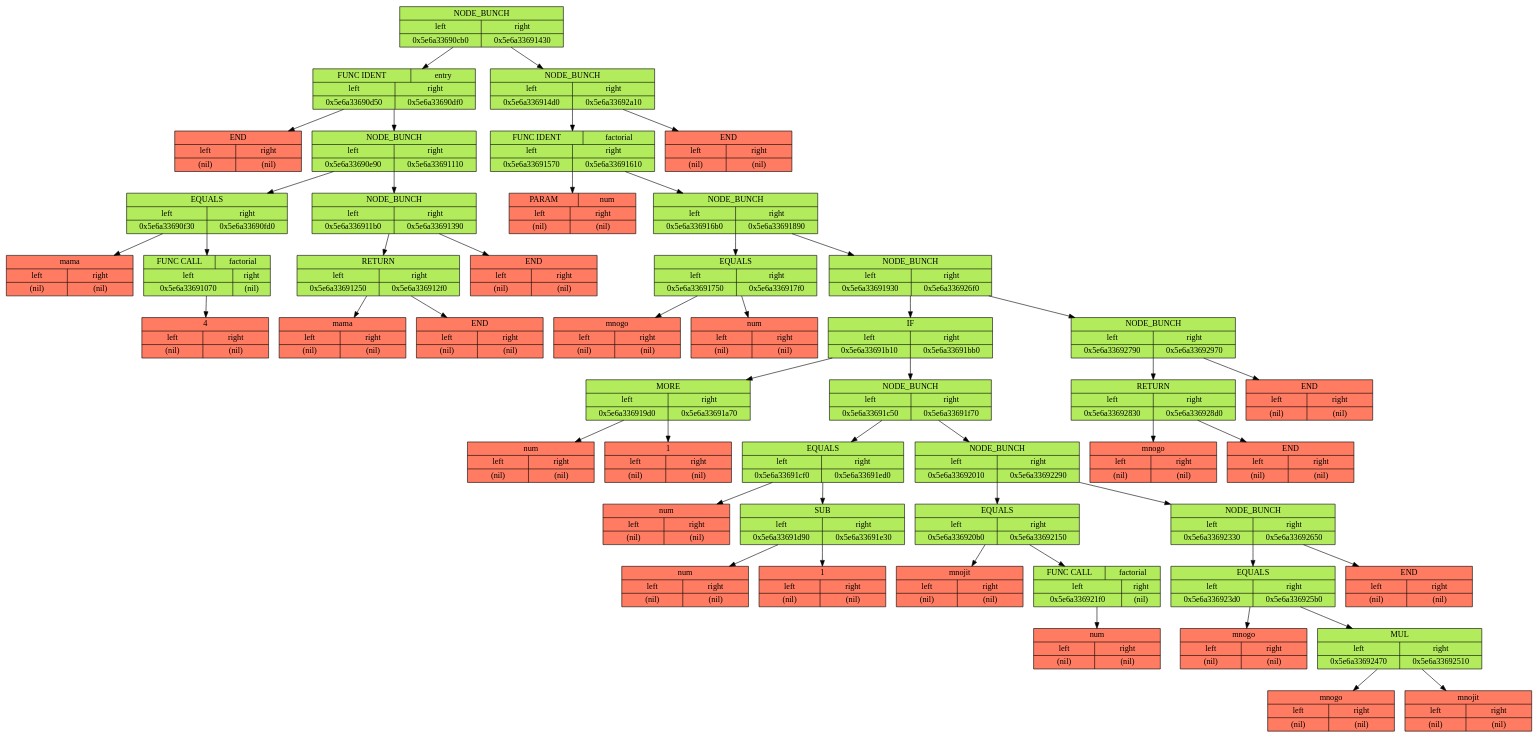
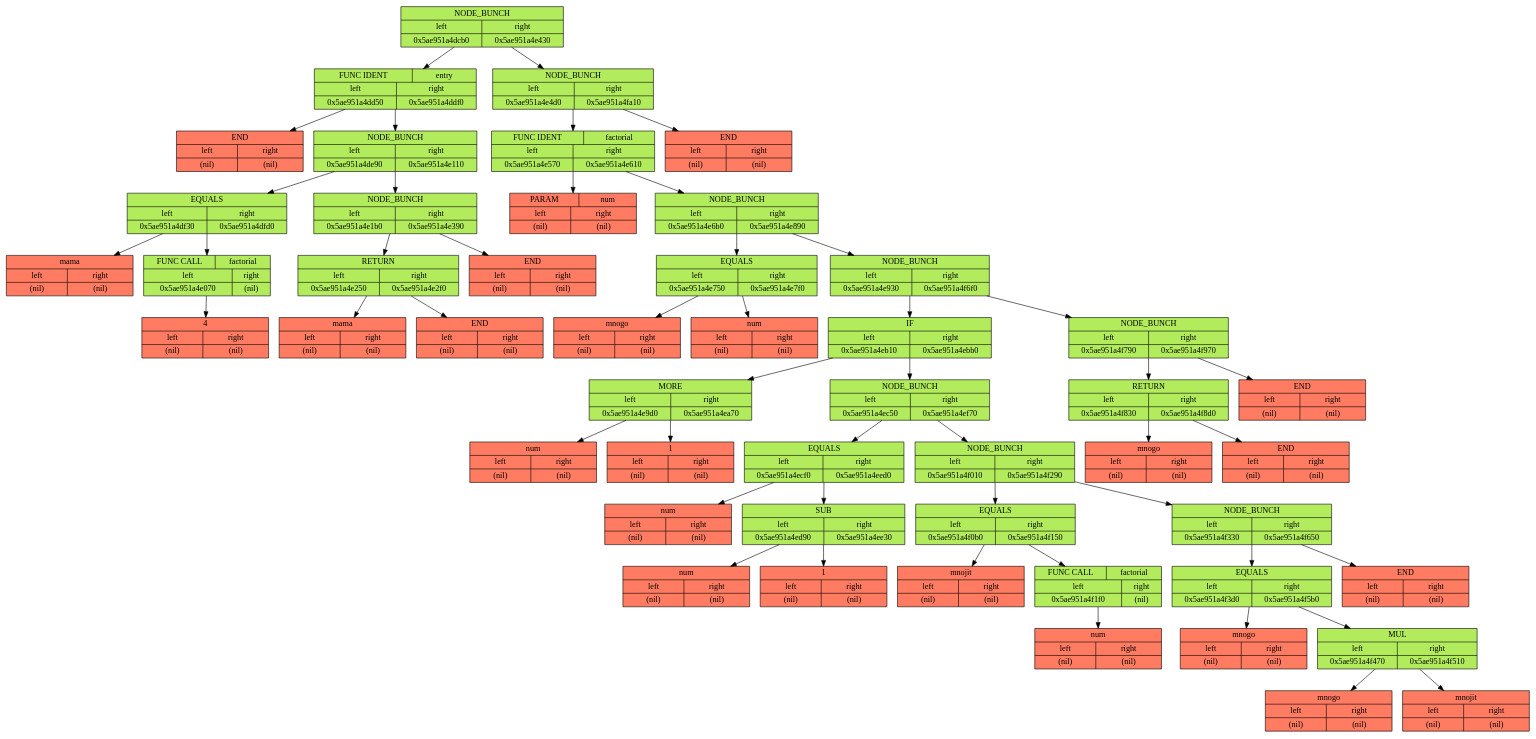
Before and after one commit to 4locker4/Language: the diagram in GraphDump.dot, drawn with Graphviz. The commit also changed 21 other files, not shown here.

```diff
--- a/GraphDump.dot
+++ b/GraphDump.dot
@@ -2,150 +2,150 @@
 	rankdir=UD;
 	bgcolor="#FFFFFF";	node[color="black", fontsize=14];
 	fixedsize=true;
-	Q0x5e6a33690c10[style=filled, shape=record, fillcolor="#B2EC5D", width=3, label ="{NODE_BUNCH | {{left | 0x5e6a33690cb0} | {right | 0x5e6a33691430}}}" ]
-	Q0x5e6a33690cb0[style=filled, shape=record, fillcolor="#B2EC5D", width=3, label ="{{FUNC IDENT | entry} | {{left | 0x5e6a33690d50} | {right | 0x5e6a33690df0}}}" ]
-	Q0x5e6a33690d50[style=filled, shape=record, fillcolor="#FF7B61", width=3, label ="{END | {{left | (nil)} | {right | (nil)}}}" ]
+	Q0x5ae951a4dc10[style=filled, shape=record, fillcolor="#B2EC5D", width=3, label ="{NODE_BUNCH | {{left | 0x5ae951a4dcb0} | {right | 0x5ae951a4e430}}}" ]
+	Q0x5ae951a4dcb0[style=filled, shape=record, fillcolor="#B2EC5D", width=3, label ="{{FUNC IDENT | entry} | {{left | 0x5ae951a4dd50} | {right | 0x5ae951a4ddf0}}}" ]
+	Q0x5ae951a4dd50[style=filled, shape=record, fillcolor="#FF7B61", width=3, label ="{END | {{left | (nil)} | {right | (nil)}}}" ]
 
-	Q0x5e6a33690df0[style=filled, shape=record, fillcolor="#B2EC5D", width=3, label ="{NODE_BUNCH | {{left | 0x5e6a33690e90} | {right | 0x5e6a33691110}}}" ]
-	Q0x5e6a33690e90[style=filled, shape=record, fillcolor="#B2EC5D", width=3, label ="{EQUALS | {{left | 0x5e6a33690f30} | {right | 0x5e6a33690fd0}}}" ]
-	Q0x5e6a33690f30[style=filled, shape=record, fillcolor="#FF7B61", width=3, label ="{mama | {{left | (nil)} | {right | (nil)}}}" ]
+	Q0x5ae951a4ddf0[style=filled, shape=record, fillcolor="#B2EC5D", width=3, label ="{NODE_BUNCH | {{left | 0x5ae951a4de90} | {right | 0x5ae951a4e110}}}" ]
+	Q0x5ae951a4de90[style=filled, shape=record, fillcolor="#B2EC5D", width=3, label ="{EQUALS | {{left | 0x5ae951a4df30} | {right | 0x5ae951a4dfd0}}}" ]
+	Q0x5ae951a4df30[style=filled, shape=record, fillcolor="#FF7B61", width=3, label ="{mama | {{left | (nil)} | {right | (nil)}}}" ]
 
-	Q0x5e6a33690fd0[style=filled, shape=record, fillcolor="#B2EC5D", width=3, label ="{{FUNC CALL | factorial} | {{left | 0x5e6a33691070} | {right | (nil)}}}" ]
-	Q0x5e6a33691070[style=filled, shape=record, fillcolor="#FF7B61", width=3, label ="{4 | {{left | (nil)} | {right | (nil)}}}" ]
+	Q0x5ae951a4dfd0[style=filled, shape=record, fillcolor="#B2EC5D", width=3, label ="{{FUNC CALL | factorial} | {{left | 0x5ae951a4e070} | {right | (nil)}}}" ]
+	Q0x5ae951a4e070[style=filled, shape=record, fillcolor="#FF7B61", width=3, label ="{4 | {{left | (nil)} | {right | (nil)}}}" ]
 
-	Q0x5e6a33690fd0 -> Q0x5e6a33691070
+	Q0x5ae951a4dfd0 -> Q0x5ae951a4e070
 
-	Q0x5e6a33690e90 -> Q0x5e6a33690f30
-	Q0x5e6a33690e90 -> Q0x5e6a33690fd0
+	Q0x5ae951a4de90 -> Q0x5ae951a4df30
+	Q0x5ae951a4de90 -> Q0x5ae951a4dfd0
 
-	Q0x5e6a33691110[style=filled, shape=record, fillcolor="#B2EC5D", width=3, label ="{NODE_BUNCH | {{left | 0x5e6a336911b0} | {right | 0x5e6a33691390}}}" ]
-	Q0x5e6a336911b0[style=filled, shape=record, fillcolor="#B2EC5D", width=3, label ="{RETURN | {{left | 0x5e6a33691250} | {right | 0x5e6a336912f0}}}" ]
-	Q0x5e6a33691250[style=filled, shape=record, fillcolor="#FF7B61", width=3, label ="{mama | {{left | (nil)} | {right | (nil)}}}" ]
+	Q0x5ae951a4e110[style=filled, shape=record, fillcolor="#B2EC5D", width=3, label ="{NODE_BUNCH | {{left | 0x5ae951a4e1b0} | {right | 0x5ae951a4e390}}}" ]
+	Q0x5ae951a4e1b0[style=filled, shape=record, fillcolor="#B2EC5D", width=3, label ="{RETURN | {{left | 0x5ae951a4e250} | {right | 0x5ae951a4e2f0}}}" ]
+	Q0x5ae951a4e250[style=filled, shape=record, fillcolor="#FF7B61", width=3, label ="{mama | {{left | (nil)} | {right | (nil)}}}" ]
 
-	Q0x5e6a336912f0[style=filled, shape=record, fillcolor="#FF7B61", width=3, label ="{END | {{left | (nil)} | {right | (nil)}}}" ]
+	Q0x5ae951a4e2f0[style=filled, shape=record, fillcolor="#FF7B61", width=3, label ="{END | {{left | (nil)} | {right | (nil)}}}" ]
 
-	Q0x5e6a336911b0 -> Q0x5e6a33691250
-	Q0x5e6a336911b0 -> Q0x5e6a336912f0
+	Q0x5ae951a4e1b0 -> Q0x5ae951a4e250
+	Q0x5ae951a4e1b0 -> Q0x5ae951a4e2f0
 
-	Q0x5e6a33691390[style=filled, shape=record, fillcolor="#FF7B61", width=3, label ="{END | {{left | (nil)} | {right | (nil)}}}" ]
+	Q0x5ae951a4e390[style=filled, shape=record, fillcolor="#FF7B61", width=3, label ="{END | {{left | (nil)} | {right | (nil)}}}" ]
 
-	Q0x5e6a33691110 -> Q0x5e6a336911b0
-	Q0x5e6a33691110 -> Q0x5e6a33691390
+	Q0x5ae951a4e110 -> Q0x5ae951a4e1b0
+	Q0x5ae951a4e110 -> Q0x5ae951a4e390
 
-	Q0x5e6a33690df0 -> Q0x5e6a33690e90
-	Q0x5e6a33690df0 -> Q0x5e6a33691110
+	Q0x5ae951a4ddf0 -> Q0x5ae951a4de90
+	Q0x5ae951a4ddf0 -> Q0x5ae951a4e110
 
-	Q0x5e6a33690cb0 -> Q0x5e6a33690d50
-	Q0x5e6a33690cb0 -> Q0x5e6a33690df0
+	Q0x5ae951a4dcb0 -> Q0x5ae951a4dd50
+	Q0x5ae951a4dcb0 -> Q0x5ae951a4ddf0
 
-	Q0x5e6a33691430[style=filled, shape=record, fillcolor="#B2EC5D", width=3, label ="{NODE_BUNCH | {{left | 0x5e6a336914d0} | {right | 0x5e6a33692a10}}}" ]
-	Q0x5e6a336914d0[style=filled, shape=record, fillcolor="#B2EC5D", width=3, label ="{{FUNC IDENT | factorial} | {{left | 0x5e6a33691570} | {right | 0x5e6a33691610}}}" ]
-	Q0x5e6a33691570[style=filled, shape=record, fillcolor="#FF7B61", width=3, label ="{{PARAM | num} | {{left | (nil)} | {right | (nil)}}}" ]
+	Q0x5ae951a4e430[style=filled, shape=record, fillcolor="#B2EC5D", width=3, label ="{NODE_BUNCH | {{left | 0x5ae951a4e4d0} | {right | 0x5ae951a4fa10}}}" ]
+	Q0x5ae951a4e4d0[style=filled, shape=record, fillcolor="#B2EC5D", width=3, label ="{{FUNC IDENT | factorial} | {{left | 0x5ae951a4e570} | {right | 0x5ae951a4e610}}}" ]
+	Q0x5ae951a4e570[style=filled, shape=record, fillcolor="#FF7B61", width=3, label ="{{PARAM | num} | {{left | (nil)} | {right | (nil)}}}" ]
 
-	Q0x5e6a33691610[style=filled, shape=record, fillcolor="#B2EC5D", width=3, label ="{NODE_BUNCH | {{left | 0x5e6a336916b0} | {right | 0x5e6a33691890}}}" ]
-	Q0x5e6a336916b0[style=filled, shape=record, fillcolor="#B2EC5D", width=3, label ="{EQUALS | {{left | 0x5e6a33691750} | {right | 0x5e6a336917f0}}}" ]
-	Q0x5e6a33691750[style=filled, shape=record, fillcolor="#FF7B61", width=3, label ="{mnogo | {{left | (nil)} | {right | (nil)}}}" ]
+	Q0x5ae951a4e610[style=filled, shape=record, fillcolor="#B2EC5D", width=3, label ="{NODE_BUNCH | {{left | 0x5ae951a4e6b0} | {right | 0x5ae951a4e890}}}" ]
+	Q0x5ae951a4e6b0[style=filled, shape=record, fillcolor="#B2EC5D", width=3, label ="{EQUALS | {{left | 0x5ae951a4e750} | {right | 0x5ae951a4e7f0}}}" ]
+	Q0x5ae951a4e750[style=filled, shape=record, fillcolor="#FF7B61", width=3, label ="{mnogo | {{left | (nil)} | {right | (nil)}}}" ]
 
-	Q0x5e6a336917f0[style=filled, shape=record, fillcolor="#FF7B61", width=3, label ="{num | {{left | (nil)} | {right | (nil)}}}" ]
+	Q0x5ae951a4e7f0[style=filled, shape=record, fillcolor="#FF7B61", width=3, label ="{num | {{left | (nil)} | {right | (nil)}}}" ]
 
-	Q0x5e6a336916b0 -> Q0x5e6a33691750
-	Q0x5e6a336916b0 -> Q0x5e6a336917f0
+	Q0x5ae951a4e6b0 -> Q0x5ae951a4e750
+	Q0x5ae951a4e6b0 -> Q0x5ae951a4e7f0
 
-	Q0x5e6a33691890[style=filled, shape=record, fillcolor="#B2EC5D", width=3, label ="{NODE_BUNCH | {{left | 0x5e6a33691930} | {right | 0x5e6a336926f0}}}" ]
-	Q0x5e6a33691930[style=filled, shape=record, fillcolor="#B2EC5D", width=3, label ="{IF | {{left | 0x5e6a33691b10} | {right | 0x5e6a33691bb0}}}" ]
-	Q0x5e6a33691b10[style=filled, shape=record, fillcolor="#B2EC5D", width=3, label ="{MORE | {{left | 0x5e6a336919d0} | {right | 0x5e6a33691a70}}}" ]
-	Q0x5e6a336919d0[style=filled, shape=record, fillcolor="#FF7B61", width=3, label ="{num | {{left | (nil)} | {right | (nil)}}}" ]
+	Q0x5ae951a4e890[style=filled, shape=record, fillcolor="#B2EC5D", width=3, label ="{NODE_BUNCH | {{left | 0x5ae951a4e930} | {right | 0x5ae951a4f6f0}}}" ]
+	Q0x5ae951a4e930[style=filled, shape=record, fillcolor="#B2EC5D", width=3, label ="{IF | {{left | 0x5ae951a4eb10} | {right | 0x5ae951a4ebb0}}}" ]
+	Q0x5ae951a4eb10[style=filled, shape=record, fillcolor="#B2EC5D", width=3, label ="{MORE | {{left | 0x5ae951a4e9d0} | {right | 0x5ae951a4ea70}}}" ]
+	Q0x5ae951a4e9d0[style=filled, shape=record, fillcolor="#FF7B61", width=3, label ="{num | {{left | (nil)} | {right | (nil)}}}" ]
 
-	Q0x5e6a33691a70[style=filled, shape=record, fillcolor="#FF7B61", width=3, label ="{1 | {{left | (nil)} | {right | (nil)}}}" ]
+	Q0x5ae951a4ea70[style=filled, shape=record, fillcolor="#FF7B61", width=3, label ="{1 | {{left | (nil)} | {right | (nil)}}}" ]
 
-	Q0x5e6a33691b10 -> Q0x5e6a336919d0
-	Q0x5e6a33691b10 -> Q0x5e6a33691a70
+	Q0x5ae951a4eb10 -> Q0x5ae951a4e9d0
+	Q0x5ae951a4eb10 -> Q0x5ae951a4ea70
 
-	Q0x5e6a33691bb0[style=filled, shape=record, fillcolor="#B2EC5D", width=3, label ="{NODE_BUNCH | {{left | 0x5e6a33691c50} | {right | 0x5e6a33691f70}}}" ]
-	Q0x5e6a33691c50[style=filled, shape=record, fillcolor="#B2EC5D", width=3, label ="{EQUALS | {{left | 0x5e6a33691cf0} | {right | 0x5e6a33691ed0}}}" ]
-	Q0x5e6a33691cf0[style=filled, shape=record, fillcolor="#FF7B61", width=3, label ="{num | {{left | (nil)} | {right | (nil)}}}" ]
+	Q0x5ae951a4ebb0[style=filled, shape=record, fillcolor="#B2EC5D", width=3, label ="{NODE_BUNCH | {{left | 0x5ae951a4ec50} | {right | 0x5ae951a4ef70}}}" ]
+	Q0x5ae951a4ec50[style=filled, shape=record, fillcolor="#B2EC5D", width=3, label ="{EQUALS | {{left | 0x5ae951a4ecf0} | {right | 0x5ae951a4eed0}}}" ]
+	Q0x5ae951a4ecf0[style=filled, shape=record, fillcolor="#FF7B61", width=3, label ="{num | {{left | (nil)} | {right | (nil)}}}" ]
 
-	Q0x5e6a33691ed0[style=filled, shape=record, fillcolor="#B2EC5D", width=3, label ="{SUB | {{left | 0x5e6a33691d90} | {right | 0x5e6a33691e30}}}" ]
-	Q0x5e6a33691d90[style=filled, shape=record, fillcolor="#FF7B61", width=3, label ="{num | {{left | (nil)} | {right | (nil)}}}" ]
+	Q0x5ae951a4eed0[style=filled, shape=record, fillcolor="#B2EC5D", width=3, label ="{SUB | {{left | 0x5ae951a4ed90} | {right | 0x5ae951a4ee30}}}" ]
+	Q0x5ae951a4ed90[style=filled, shape=record, fillcolor="#FF7B61", width=3, label ="{num | {{left | (nil)} | {right | (nil)}}}" ]
 
-	Q0x5e6a33691e30[style=filled, shape=record, fillcolor="#FF7B61", width=3, label ="{1 | {{left | (nil)} | {right | (nil)}}}" ]
+	Q0x5ae951a4ee30[style=filled, shape=record, fillcolor="#FF7B61", width=3, label ="{1 | {{left | (nil)} | {right | (nil)}}}" ]
 
-	Q0x5e6a33691ed0 -> Q0x5e6a33691d90
-	Q0x5e6a33691ed0 -> Q0x5e6a33691e30
+	Q0x5ae951a4eed0 -> Q0x5ae951a4ed90
+	Q0x5ae951a4eed0 -> Q0x5ae951a4ee30
 
-	Q0x5e6a33691c50 -> Q0x5e6a33691cf0
-	Q0x5e6a33691c50 -> Q0x5e6a33691ed0
+	Q0x5ae951a4ec50 -> Q0x5ae951a4ecf0
+	Q0x5ae951a4ec50 -> Q0x5ae951a4eed0
 
-	Q0x5e6a33691f70[style=filled, shape=record, fillcolor="#B2EC5D", width=3, label ="{NODE_BUNCH | {{left | 0x5e6a33692010} | {right | 0x5e6a33692290}}}" ]
-	Q0x5e6a33692010[style=filled, shape=record, fillcolor="#B2EC5D", width=3, label ="{EQUALS | {{left | 0x5e6a336920b0} | {right | 0x5e6a33692150}}}" ]
-	Q0x5e6a336920b0[style=filled, shape=record, fillcolor="#FF7B61", width=3, label ="{mnojit | {{left | (nil)} | {right | (nil)}}}" ]
+	Q0x5ae951a4ef70[style=filled, shape=record, fillcolor="#B2EC5D", width=3, label ="{NODE_BUNCH | {{left | 0x5ae951a4f010} | {right | 0x5ae951a4f290}}}" ]
+	Q0x5ae951a4f010[style=filled, shape=record, fillcolor="#B2EC5D", width=3, label ="{EQUALS | {{left | 0x5ae951a4f0b0} | {right | 0x5ae951a4f150}}}" ]
+	Q0x5ae951a4f0b0[style=filled, shape=record, fillcolor="#FF7B61", width=3, label ="{mnojit | {{left | (nil)} | {right | (nil)}}}" ]
 
-	Q0x5e6a33692150[style=filled, shape=record, fillcolor="#B2EC5D", width=3, label ="{{FUNC CALL | factorial} | {{left | 0x5e6a336921f0} | {right | (nil)}}}" ]
-	Q0x5e6a336921f0[style=filled, shape=record, fillcolor="#FF7B61", width=3, label ="{num | {{left | (nil)} | {right | (nil)}}}" ]
+	Q0x5ae951a4f150[style=filled, shape=record, fillcolor="#B2EC5D", width=3, label ="{{FUNC CALL | factorial} | {{left | 0x5ae951a4f1f0} | {right | (nil)}}}" ]
+	Q0x5ae951a4f1f0[style=filled, shape=record, fillcolor="#FF7B61", width=3, label ="{num | {{left | (nil)} | {right | (nil)}}}" ]
 
-	Q0x5e6a33692150 -> Q0x5e6a336921f0
+	Q0x5ae951a4f150 -> Q0x5ae951a4f1f0
 
-	Q0x5e6a33692010 -> Q0x5e6a336920b0
-	Q0x5e6a33692010 -> Q0x5e6a33692150
+	Q0x5ae951a4f010 -> Q0x5ae951a4f0b0
+	Q0x5ae951a4f010 -> Q0x5ae951a4f150
 
-	Q0x5e6a33692290[style=filled, shape=record, fillcolor="#B2EC5D", width=3, label ="{NODE_BUNCH | {{left | 0x5e6a33692330} | {right | 0x5e6a33692650}}}" ]
-	Q0x5e6a33692330[style=filled, shape=record, fillcolor="#B2EC5D", width=3, label ="{EQUALS | {{left | 0x5e6a336923d0} | {right | 0x5e6a336925b0}}}" ]
-	Q0x5e6a336923d0[style=filled, shape=record, fillcolor="#FF7B61", width=3, label ="{mnogo | {{left | (nil)} | {right | (nil)}}}" ]
+	Q0x5ae951a4f290[style=filled, shape=record, fillcolor="#B2EC5D", width=3, label ="{NODE_BUNCH | {{left | 0x5ae951a4f330} | {right | 0x5ae951a4f650}}}" ]
+	Q0x5ae951a4f330[style=filled, shape=record, fillcolor="#B2EC5D", width=3, label ="{EQUALS | {{left | 0x5ae951a4f3d0} | {right | 0x5ae951a4f5b0}}}" ]
+	Q0x5ae951a4f3d0[style=filled, shape=record, fillcolor="#FF7B61", width=3, label ="{mnogo | {{left | (nil)} | {right | (nil)}}}" ]
 
-	Q0x5e6a336925b0[style=filled, shape=record, fillcolor="#B2EC5D", width=3, label ="{MUL | {{left | 0x5e6a33692470} | {right | 0x5e6a33692510}}}" ]
-	Q0x5e6a33692470[style=filled, shape=record, fillcolor="#FF7B61", width=3, label ="{mnogo | {{left | (nil)} | {right | (nil)}}}" ]
+	Q0x5ae951a4f5b0[style=filled, shape=record, fillcolor="#B2EC5D", width=3, label ="{MUL | {{left | 0x5ae951a4f470} | {right | 0x5ae951a4f510}}}" ]
+	Q0x5ae951a4f470[style=filled, shape=record, fillcolor="#FF7B61", width=3, label ="{mnogo | {{left | (nil)} | {right | (nil)}}}" ]
 
-	Q0x5e6a33692510[style=filled, shape=record, fillcolor="#FF7B61", width=3, label ="{mnojit | {{left | (nil)} | {right | (nil)}}}" ]
+	Q0x5ae951a4f510[style=filled, shape=record, fillcolor="#FF7B61", width=3, label ="{mnojit | {{left | (nil)} | {right | (nil)}}}" ]
 
-	Q0x5e6a336925b0 -> Q0x5e6a33692470
-	Q0x5e6a336925b0 -> Q0x5e6a33692510
+	Q0x5ae951a4f5b0 -> Q0x5ae951a4f470
+	Q0x5ae951a4f5b0 -> Q0x5ae951a4f510
 
-	Q0x5e6a33692330 -> Q0x5e6a336923d0
-	Q0x5e6a33692330 -> Q0x5e6a336925b0
+	Q0x5ae951a4f330 -> Q0x5ae951a4f3d0
+	Q0x5ae951a4f330 -> Q0x5ae951a4f5b0
 
-	Q0x5e6a33692650[style=filled, shape=record, fillcolor="#FF7B61", width=3, label ="{END | {{left | (nil)} | {right | (nil)}}}" ]
+	Q0x5ae951a4f650[style=filled, shape=record, fillcolor="#FF7B61", width=3, label ="{END | {{left | (nil)} | {right | (nil)}}}" ]
 
-	Q0x5e6a33692290 -> Q0x5e6a33692330
-	Q0x5e6a33692290 -> Q0x5e6a33692650
+	Q0x5ae951a4f290 -> Q0x5ae951a4f330
+	Q0x5ae951a4f290 -> Q0x5ae951a4f650
 
-	Q0x5e6a33691f70 -> Q0x5e6a33692010
-	Q0x5e6a33691f70 -> Q0x5e6a33692290
+	Q0x5ae951a4ef70 -> Q0x5ae951a4f010
+	Q0x5ae951a4ef70 -> Q0x5ae951a4f290
 
-	Q0x5e6a33691bb0 -> Q0x5e6a33691c50
-	Q0x5e6a33691bb0 -> Q0x5e6a33691f70
+	Q0x5ae951a4ebb0 -> Q0x5ae951a4ec50
+	Q0x5ae951a4ebb0 -> Q0x5ae951a4ef70
 
-	Q0x5e6a33691930 -> Q0x5e6a33691b10
-	Q0x5e6a33691930 -> Q0x5e6a33691bb0
+	Q0x5ae951a4e930 -> Q0x5ae951a4eb10
+	Q0x5ae951a4e930 -> Q0x5ae951a4ebb0
 
-	Q0x5e6a336926f0[style=filled, shape=record, fillcolor="#B2EC5D", width=3, label ="{NODE_BUNCH | {{left | 0x5e6a33692790} | {right | 0x5e6a33692970}}}" ]
-	Q0x5e6a33692790[style=filled, shape=record, fillcolor="#B2EC5D", width=3, label ="{RETURN | {{left | 0x5e6a33692830} | {right | 0x5e6a336928d0}}}" ]
-	Q0x5e6a33692830[style=filled, shape=record, fillcolor="#FF7B61", width=3, label ="{mnogo | {{left | (nil)} | {right | (nil)}}}" ]
+	Q0x5ae951a4f6f0[style=filled, shape=record, fillcolor="#B2EC5D", width=3, label ="{NODE_BUNCH | {{left | 0x5ae951a4f790} | {right | 0x5ae951a4f970}}}" ]
+	Q0x5ae951a4f790[style=filled, shape=record, fillcolor="#B2EC5D", width=3, label ="{RETURN | {{left | 0x5ae951a4f830} | {right | 0x5ae951a4f8d0}}}" ]
+	Q0x5ae951a4f830[style=filled, shape=record, fillcolor="#FF7B61", width=3, label ="{mnogo | {{left | (nil)} | {right | (nil)}}}" ]
 
-	Q0x5e6a336928d0[style=filled, shape=record, fillcolor="#FF7B61", width=3, label ="{END | {{left | (nil)} | {right | (nil)}}}" ]
+	Q0x5ae951a4f8d0[style=filled, shape=record, fillcolor="#FF7B61", width=3, label ="{END | {{left | (nil)} | {right | (nil)}}}" ]
 
-	Q0x5e6a33692790 -> Q0x5e6a33692830
-	Q0x5e6a33692790 -> Q0x5e6a336928d0
+	Q0x5ae951a4f790 -> Q0x5ae951a4f830
+	Q0x5ae951a4f790 -> Q0x5ae951a4f8d0
 
-	Q0x5e6a33692970[style=filled, shape=record, fillcolor="#FF7B61", width=3, label ="{END | {{left | (nil)} | {right | (nil)}}}" ]
+	Q0x5ae951a4f970[style=filled, shape=record, fillcolor="#FF7B61", width=3, label ="{END | {{left | (nil)} | {right | (nil)}}}" ]
 
-	Q0x5e6a336926f0 -> Q0x5e6a33692790
-	Q0x5e6a336926f0 -> Q0x5e6a33692970
+	Q0x5ae951a4f6f0 -> Q0x5ae951a4f790
+	Q0x5ae951a4f6f0 -> Q0x5ae951a4f970
 
-	Q0x5e6a33691890 -> Q0x5e6a33691930
-	Q0x5e6a33691890 -> Q0x5e6a336926f0
+	Q0x5ae951a4e890 -> Q0x5ae951a4e930
+	Q0x5ae951a4e890 -> Q0x5ae951a4f6f0
 
-	Q0x5e6a33691610 -> Q0x5e6a336916b0
-	Q0x5e6a33691610 -> Q0x5e6a33691890
+	Q0x5ae951a4e610 -> Q0x5ae951a4e6b0
+	Q0x5ae951a4e610 -> Q0x5ae951a4e890
 
-	Q0x5e6a336914d0 -> Q0x5e6a33691570
-	Q0x5e6a336914d0 -> Q0x5e6a33691610
+	Q0x5ae951a4e4d0 -> Q0x5ae951a4e570
+	Q0x5ae951a4e4d0 -> Q0x5ae951a4e610
 
-	Q0x5e6a33692a10[style=filled, shape=record, fillcolor="#FF7B61", width=3, label ="{END | {{left | (nil)} | {right | (nil)}}}" ]
+	Q0x5ae951a4fa10[style=filled, shape=record, fillcolor="#FF7B61", width=3, label ="{END | {{left | (nil)} | {right | (nil)}}}" ]
 
-	Q0x5e6a33691430 -> Q0x5e6a336914d0
-	Q0x5e6a33691430 -> Q0x5e6a33692a10
+	Q0x5ae951a4e430 -> Q0x5ae951a4e4d0
+	Q0x5ae951a4e430 -> Q0x5ae951a4fa10
 
-	Q0x5e6a33690c10 -> Q0x5e6a33690cb0
-	Q0x5e6a33690c10 -> Q0x5e6a33691430
+	Q0x5ae951a4dc10 -> Q0x5ae951a4dcb0
+	Q0x5ae951a4dc10 -> Q0x5ae951a4e430
 
 }
```
